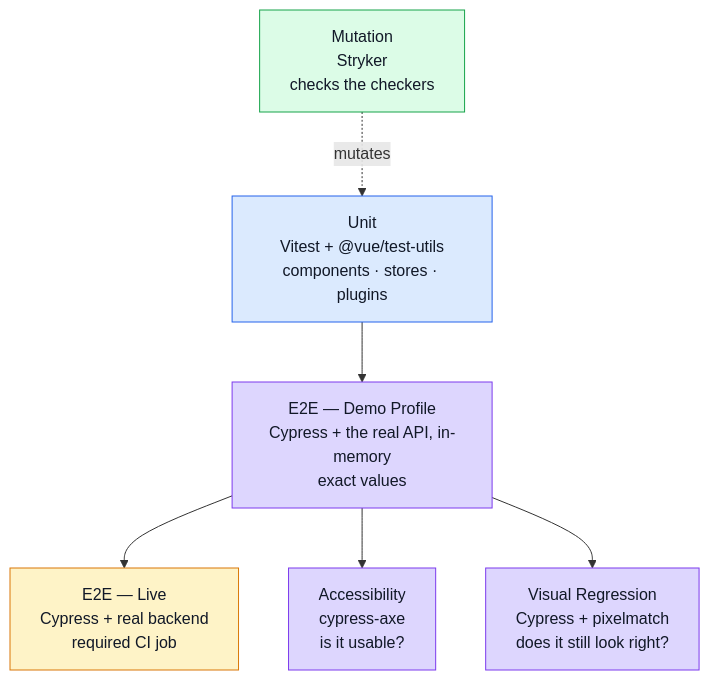
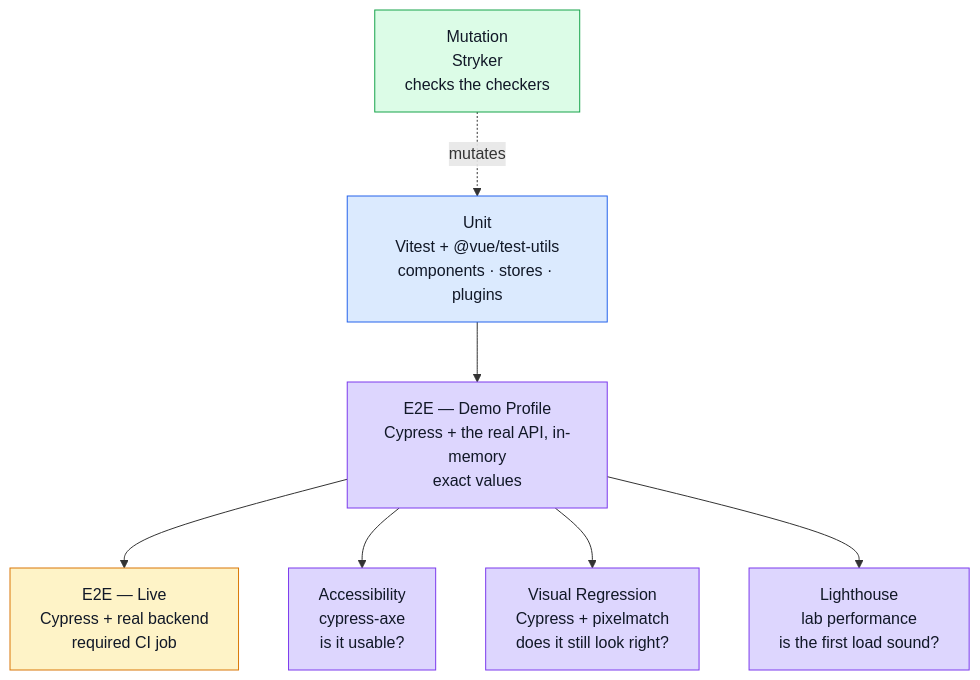
Before and after one commit to Guebbit/boilerplate-vue-frontend: the first of 4 diagrams in docs/tools/testing-and-docs.md, drawn with Mermaid. The commit also changed other lines of this file and 63 other files, not shown here.

````diff
--- a/docs/tools/testing-and-docs.md
+++ b/docs/tools/testing-and-docs.md
@@ -7,26 +7,28 @@
 ```mermaid
 %%{init: {'flowchart': {'nodeSpacing': 50, 'rankSpacing': 60}}}%%
 flowchart TB
     Unit["Unit\nVitest + @vue/test-utils\ncomponents · stores · plugins"]
     Demo["E2E — Demo Profile\nCypress + the real API, in-memory\nexact values"]
     Live["E2E — Live\nCypress + real backend\nrequired CI job"]
     A11y["Accessibility\ncypress-axe\nis it usable?"]
     Visual["Visual Regression\nCypress + pixelmatch\ndoes it still look right?"]
+    Lighthouse["Lighthouse\nlab performance\nis the first load sound?"]
     Mutation["Mutation\nStryker\nchecks the checkers"]
 
     Unit --> Demo
     Demo --> Live
     Demo --> A11y
     Demo --> Visual
+    Demo --> Lighthouse
     Mutation -.mutates.-> Unit
 
     classDef fast fill:#dbeafe,stroke:#2563eb,color:#111827;
     classDef e2e fill:#ddd6fe,stroke:#7c3aed,color:#111827;
     classDef live fill:#fef3c7,stroke:#d97706,color:#111827;
     classDef meta fill:#dcfce7,stroke:#16a34a,color:#111827;
     class Unit fast;
     class Demo e2e;
-    class A11y,Visual e2e;
+    class A11y,Visual,Lighthouse e2e;
     class Live live;
     class Mutation meta;
 ```
````
